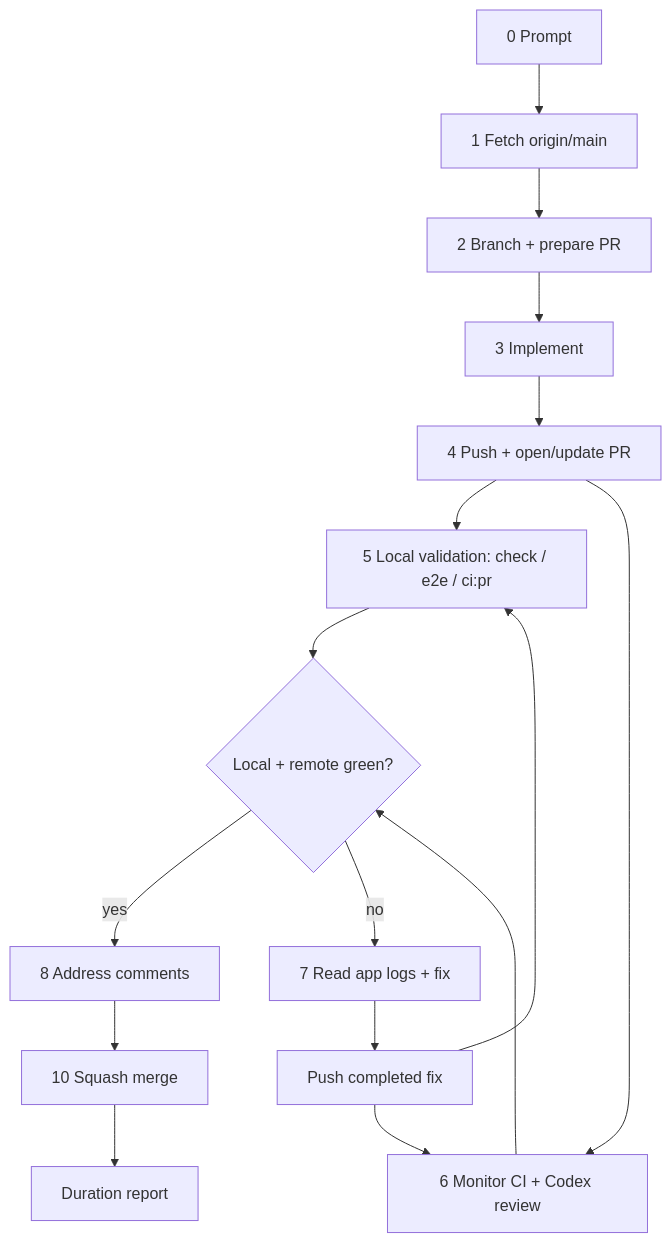
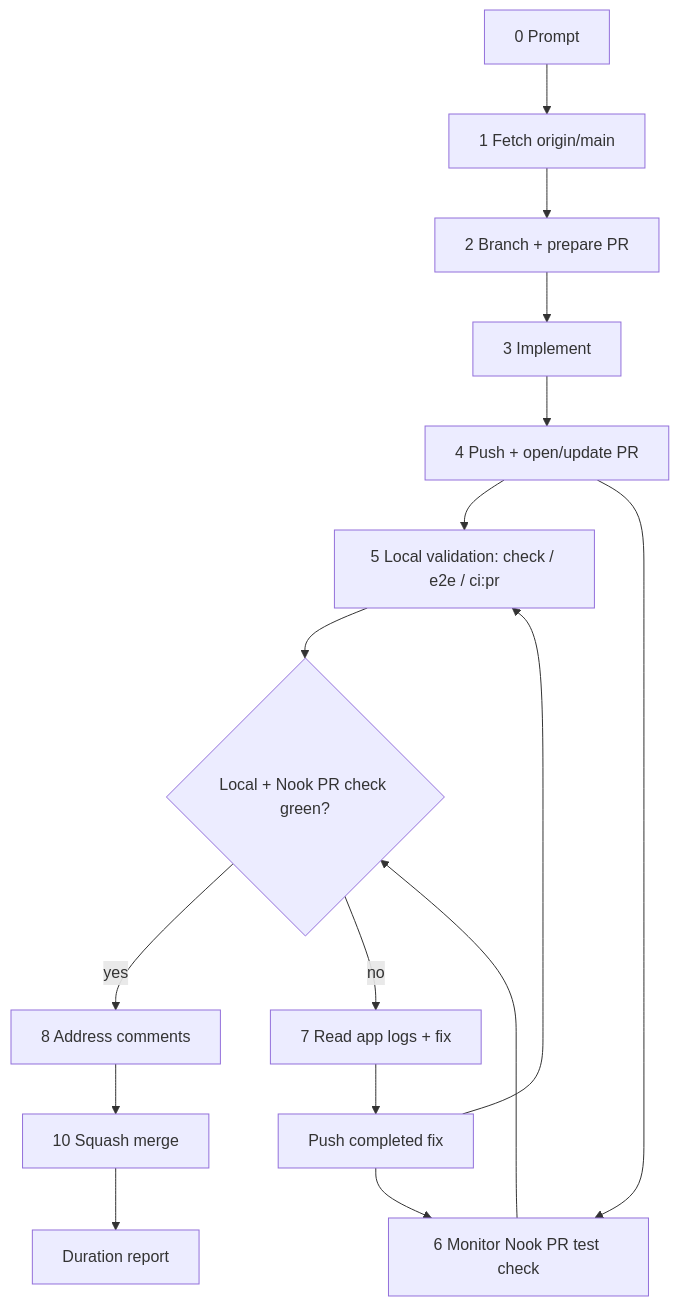
The diagram in .cortex/workflows/coding-bro.md (meta-secret/nook), drawn with Mermaid before and after one commit. The commit also changed other lines of this file and 9 other files, not shown here.

````diff
--- a/.cortex/workflows/coding-bro.md
+++ b/.cortex/workflows/coding-bro.md
@@ -133,18 +141,18 @@
 ```mermaid
 flowchart TD
   P[0 Prompt] --> F[1 Fetch origin/main]
   F --> B[2 Branch + prepare PR]
   B --> I[3 Implement]
   I --> PU[4 Push + open/update PR]
   PU --> L[5 Local validation: check / e2e / ci:pr]
-  PU --> PR[6 Monitor CI + Codex review]
-  L --> G{Local + remote green?}
+  PU --> PR[6 Monitor Nook PR test check]
+  L --> G{Local + Nook PR check green?}
   PR --> G
   G -->|yes| C[8 Address comments]
   C --> M[10 Squash merge]
   G -->|no| FIX[7 Read app logs + fix]
   FIX --> PUSH[Push completed fix]
   PUSH --> L
   PUSH --> PR
   M --> D[Duration report]
 ```
````
